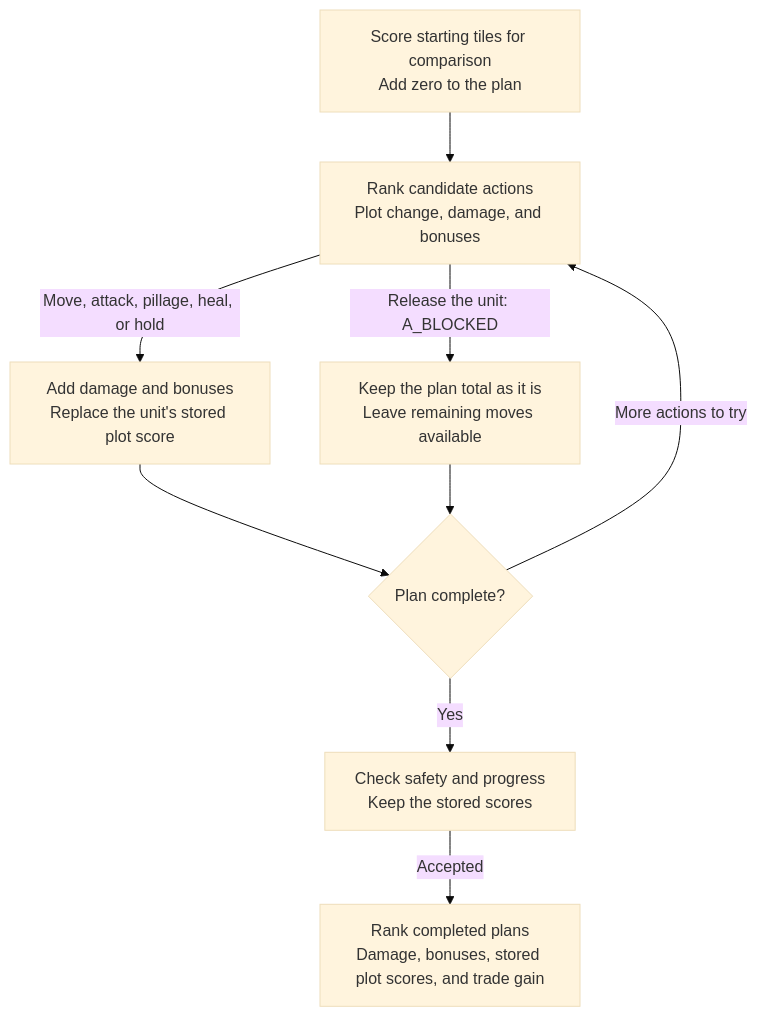
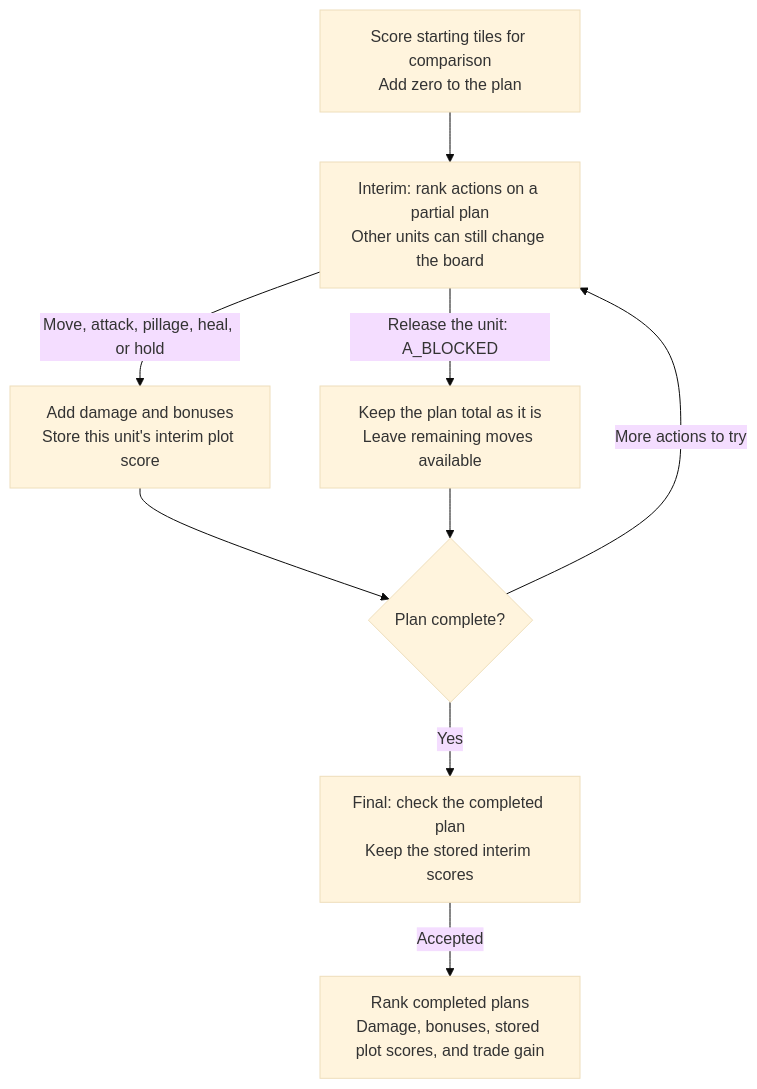
Before and after one commit to vox-deorum/vox-deorum: the first of 2 diagrams in docs/developers/civ5-dll/unit-ai/simulation/scoring.md, drawn with Mermaid (base theme). The commit also changed other lines of this file, not shown here.

````diff
--- a/docs/developers/civ5-dll/unit-ai/simulation/scoring.md
+++ b/docs/developers/civ5-dll/unit-ai/simulation/scoring.md
@@ -5,11 +5,11 @@
 ```mermaid
 flowchart TD
-    START["Score starting tiles for comparison<br/>Add zero to the plan"] --> TRY["Rank candidate actions<br/>Plot change, damage, and bonuses"]
-    TRY -->|"Move, attack, pillage, heal, or hold"| SCORE["Add damage and bonuses<br/>Replace the unit's stored plot score"]
+    START["Score starting tiles for comparison<br/>Add zero to the plan"] --> TRY["Interim: rank actions on a partial plan<br/>Other units can still change the board"]
+    TRY -->|"Move, attack, pillage, heal, or hold"| SCORE["Add damage and bonuses<br/>Store this unit's interim plot score"]
     TRY -->|"Release the unit: A_BLOCKED"| KEEP["Keep the plan total as it is<br/>Leave remaining moves available"]
     SCORE --> NEXT{"Plan complete?"}
     KEEP --> NEXT
     NEXT -->|"More actions to try"| TRY
-    NEXT -->|"Yes"| CHECK["Check safety and progress<br/>Keep the stored scores"]
+    NEXT -->|"Yes"| CHECK["Final: check the completed plan<br/>Keep the stored interim scores"]
     CHECK -->|"Accepted"| RANK["Rank completed plans<br/>Damage, bonuses, stored plot scores, and trade gain"]
 ```
````
